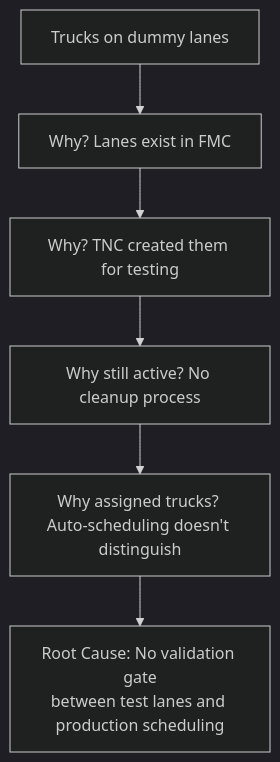
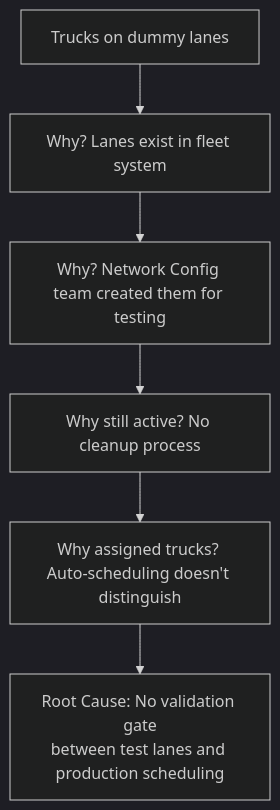
One commit to bladijm-design/operations-audit-portfolio changed the diagram in 06-dummy-lanes-investigation/README.md. Above: the diagram before and after it, drawn with Mermaid (dark theme). The commit also changed other lines of this file and 6 other files, not shown here.

````diff
--- a/06-dummy-lanes-investigation/README.md
+++ b/06-dummy-lanes-investigation/README.md
@@ -31,8 +31,8 @@
 ```mermaid
 graph TD
-    A[Trucks on dummy lanes] --> B[Why? Lanes exist in FMC]
-    B --> C[Why? TNC created them for testing]
+    A[Trucks on dummy lanes] --> B[Why? Lanes exist in fleet system]
+    B --> C[Why? Network Config team created them for testing]
     C --> D[Why still active? No cleanup process]
     D --> E[Why assigned trucks? Auto-scheduling doesn't distinguish]
     E --> F[Root Cause: No validation gate<br/>between test lanes and production scheduling]
 ```
````
